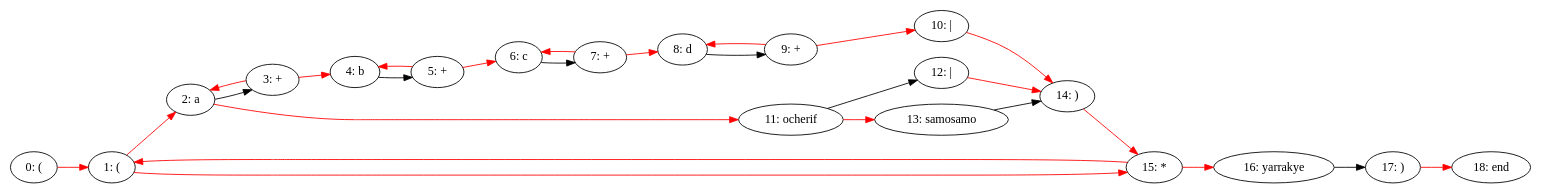
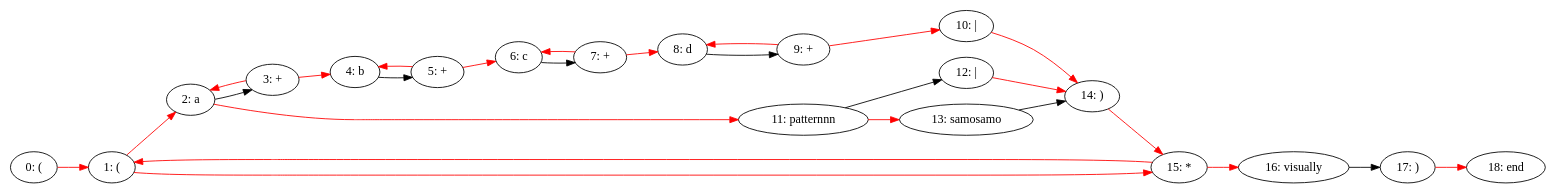
One commit to SalihErenYzb/Regex-Engine changed the diagram in grapht.dot. Above: the diagram before and after it, drawn with Graphviz. The commit also changed 3 other files, not shown here.

```diff
--- a/grapht.dot
+++ b/grapht.dot
@@ -1,48 +1,48 @@
 digraph {
 	rankdir=LR
 	0 [label="0: ("];
 	1 [label="1: ("];
 	2 [label="2: a"];
 	3 [label="3: +"];
 	4 [label="4: b"];
 	5 [label="5: +"];
 	6 [label="6: c"];
 	7 [label="7: +"];
 	8 [label="8: d"];
 	9 [label="9: +"];
 	10 [label="10: |"];
-	11 [label="11: ocherif"];
+	11 [label="11: patternnn"];
 	12 [label="12: |"];
 	13 [label="13: samosamo"];
 	14 [label="14: )"];
 	15 [label="15: *"];
-	16 [label="16: yarrakye"];
+	16 [label="16: visually"];
 	17 [label="17: )"];
 	18 [label="18: end"];
 	0 -> 1 [color=red];
 	1 -> 2 [color=red];
 	1 -> 15 [color=red];
 	2 -> 3 [color=black];
 	2 -> 11 [color=red];
 	3 -> 4 [color=red];
 	3 -> 2 [color=red];
 	4 -> 5 [color=black];
 	5 -> 6 [color=red];
 	5 -> 4 [color=red];
 	6 -> 7 [color=black];
 	7 -> 8 [color=red];
 	7 -> 6 [color=red];
 	8 -> 9 [color=black];
 	9 -> 10 [color=red];
 	9 -> 8 [color=red];
 	10 -> 14 [color=red];
 	11 -> 13 [color=red];
 	11 -> 12 [color=black];
 	12 -> 14 [color=red];
 	13 -> 14 [color=black];
 	14 -> 15 [color=red];
 	15 -> 16 [color=red];
 	15 -> 1 [color=red];
 	16 -> 17 [color=black];
 	17 -> 18 [color=red];
 }
```
